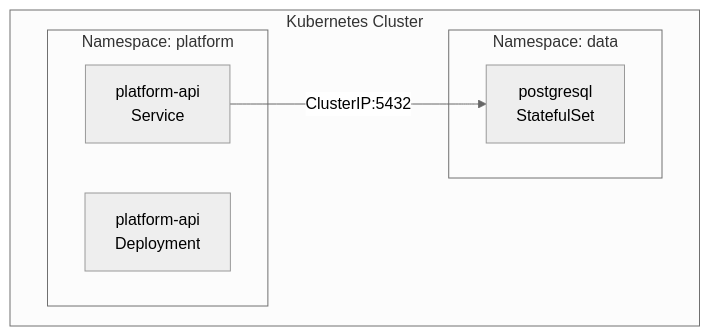
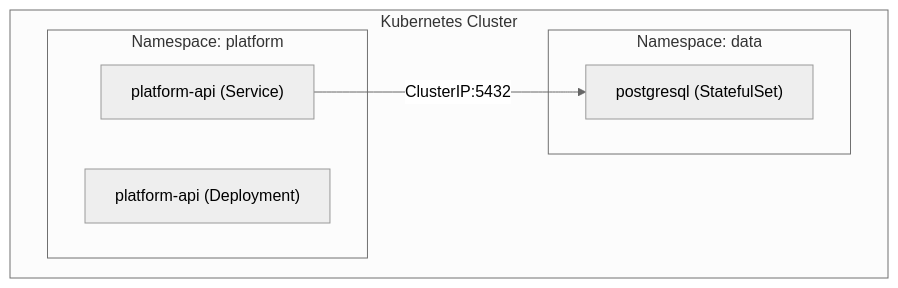
The sixth of 7 diagrams in plugins/sdlc/skills/architecture/shard/references/mermaid-diagram-standards.md (NexusSema/omg-marketplace), drawn with Mermaid (neutral theme) before and after one commit. The commit also changed other lines of this file and 1 other file, not shown here.

First line of the commit message:
Fix Mermaid diagrams: remove HTML br tags and add width constraints

````diff
--- a/plugins/sdlc/skills/architecture/shard/references/mermaid-diagram-standards.md
+++ b/plugins/sdlc/skills/architecture/shard/references/mermaid-diagram-standards.md
@@ -103,15 +105,15 @@
 ```mermaid
 %% Infrastructure Topology — {Environment}
 graph TD
     subgraph "Kubernetes Cluster"
         subgraph "Namespace: platform"
-            apiDeploy["platform-api<br/>Deployment"]
-            apiSvc["platform-api<br/>Service"]
+            apiDeploy["platform-api (Deployment)"]
+            apiSvc["platform-api (Service)"]
         end
         subgraph "Namespace: data"
-            pgStateful["postgresql<br/>StatefulSet"]
+            pgStateful["postgresql (StatefulSet)"]
         end
     end
 
     apiSvc -->|"ClusterIP:5432"| pgStateful
 ```
````
